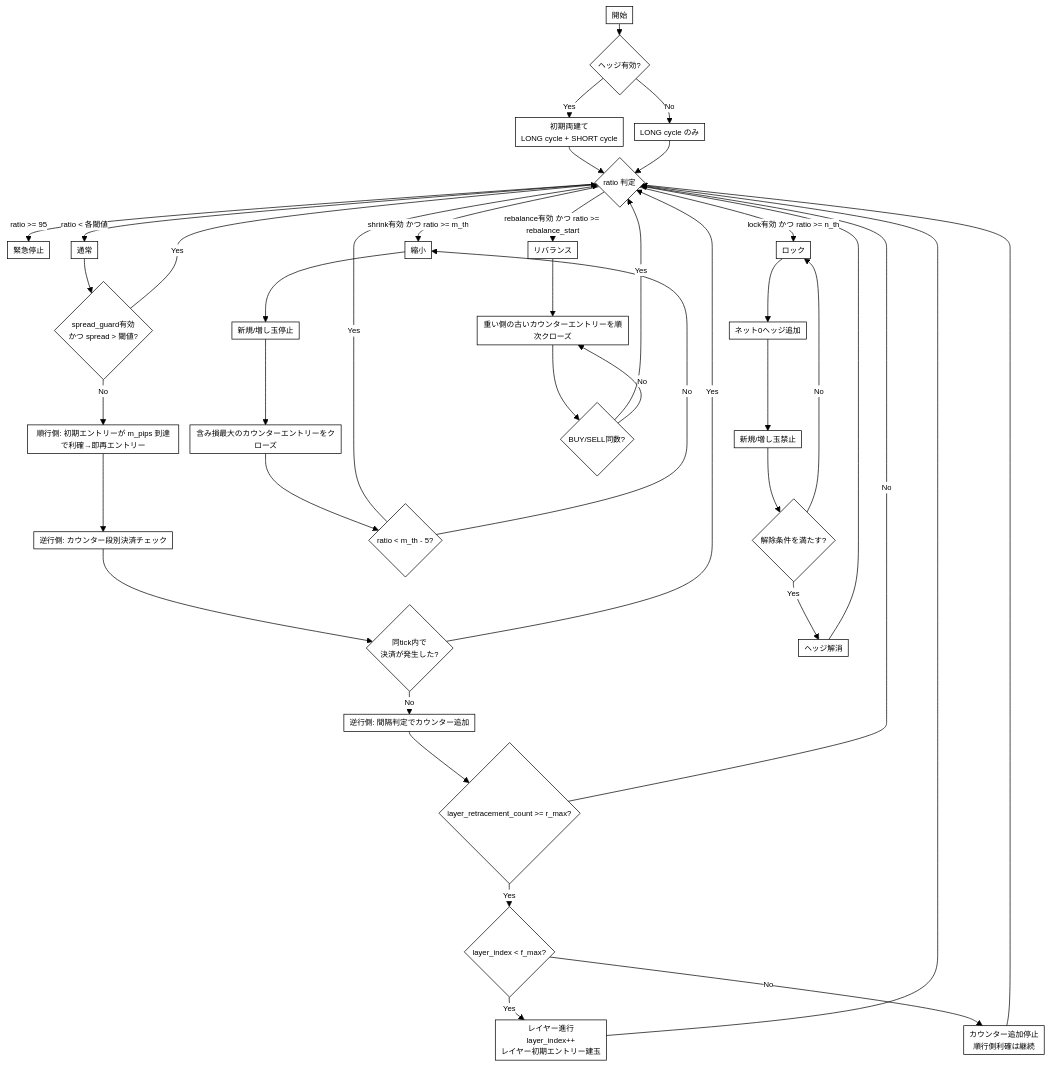
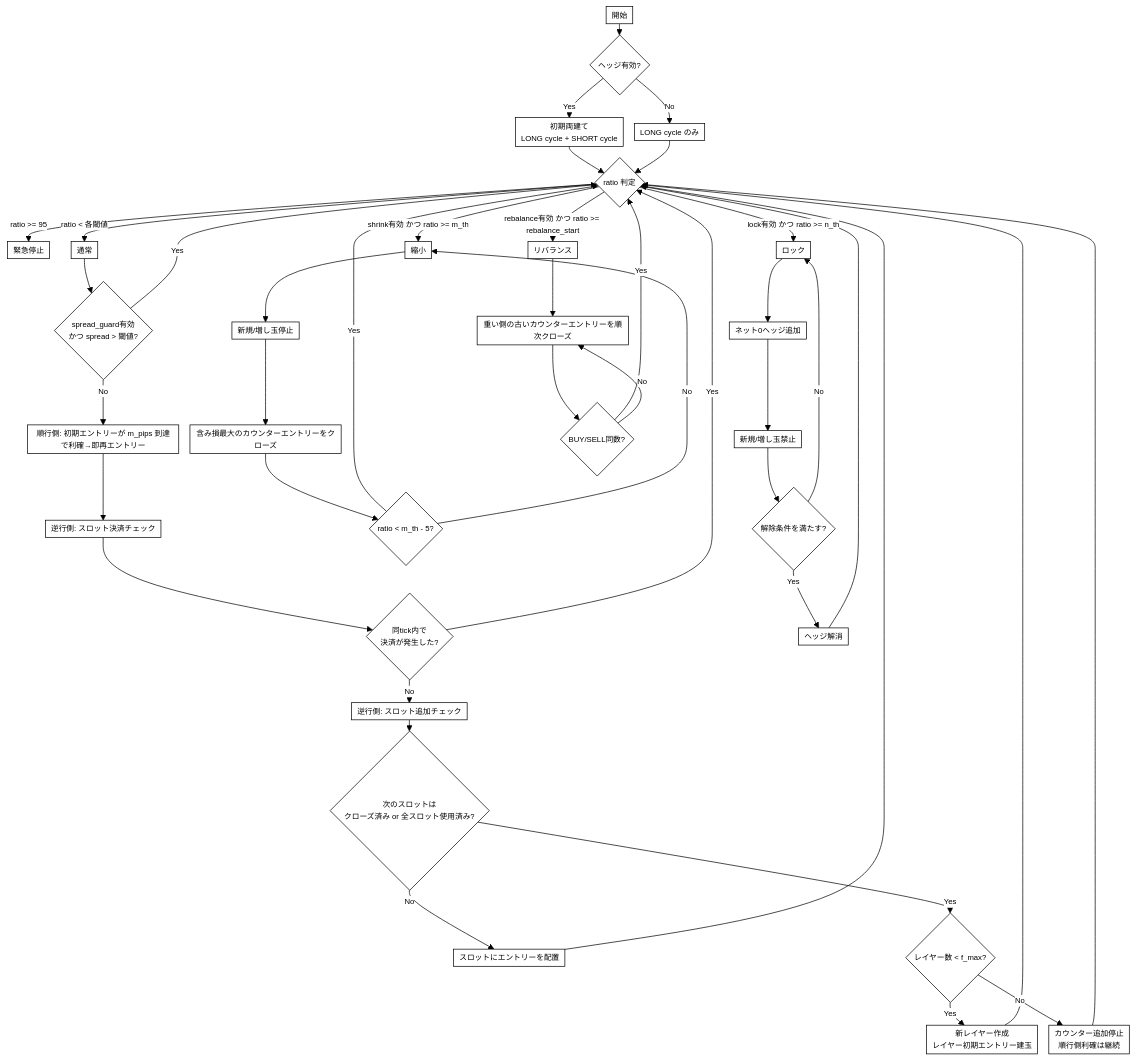
The first of 2 diagrams in docs/strategies/ja/snowball.md (yuyash/auto-forex-web-service), drawn with Mermaid before and after one commit. The commit also changed other lines of this file and 6 other files, not shown here.

First line of the commit message:
refactor: snowball layer retracement model (#276)

````diff
--- a/docs/strategies/ja/snowball.md
+++ b/docs/strategies/ja/snowball.md
@@ -160,47 +161,48 @@
 ```mermaid
 %%{init: {'theme': 'base', 'themeVariables': {'primaryColor': '#ffffff', 'primaryBorderColor': '#000000', 'primaryTextColor': '#000000', 'lineColor': '#000000', 'secondaryColor': '#ffffff', 'tertiaryColor': '#ffffff', 'fontSize': '11px'}, 'flowchart': {'nodeSpacing': 16, 'rankSpacing': 16, 'padding': 4, 'useMaxWidth': true}}}%%
 flowchart TB
     A[開始] --> B{ヘッジ有効?}
     B -->|Yes| B1[初期両建て<br/>LONG cycle + SHORT cycle]
     B -->|No| B2[LONG cycle のみ]
     B1 --> C{ratio 判定}
     B2 --> C
     C -->|ratio >= 95| Z[緊急停止]
     C -->|lock有効 かつ ratio >= n_th| L[ロック]
     C -->|shrink有効 かつ ratio >= m_th| S[縮小]
     C -->|rebalance有効 かつ ratio >= rebalance_start| R[リバランス]
     C -->|ratio < 各閾値| N[通常]
 
     N --> G{spread_guard有効<br/>かつ spread > 閾値?}
     G -->|Yes| C
     G -->|No| N1[順行側: 初期エントリーが m_pips 到達で利確→即再エントリー]
-    N1 --> N2[逆行側: カウンター段別決済チェック]
+    N1 --> N2[逆行側: スロット決済チェック]
     N2 --> N2a{同tick内で<br/>決済が発生した?}
     N2a -->|Yes| C
-    N2a -->|No| N3[逆行側: 間隔判定でカウンター追加]
-    N3 --> N4{layer_retracement_count >= r_max?}
-    N4 -->|No| C
-    N4 -->|Yes| N5{layer_index < f_max?}
-    N5 -->|Yes| N6[レイヤー進行<br/>layer_index++<br/>レイヤー初期エントリー建玉]
-    N5 -->|No| N7[カウンター追加停止<br/>順行側利確は継続]
-    N6 --> C
+    N2a -->|No| N3[逆行側: スロット追加チェック]
+    N3 --> N4{次のスロットは<br/>クローズ済み or 全スロット使用済み?}
+    N4 -->|No| N5[スロットにエントリーを配置]
+    N4 -->|Yes| N6{レイヤー数 < f_max?}
+    N6 -->|Yes| N7[新レイヤー作成<br/>レイヤー初期エントリー建玉]
+    N6 -->|No| N8[カウンター追加停止<br/>順行側利確は継続]
+    N5 --> C
     N7 --> C
+    N8 --> C
 
     S --> S1[新規/増し玉停止]
     S1 --> S2[含み損最大のカウンターエントリーをクローズ]
     S2 --> S3{ratio < m_th - 5?}
     S3 -->|Yes| C
     S3 -->|No| S
 
     L --> L1[ネット0ヘッジ追加]
     L1 --> L2[新規/増し玉禁止]
     L2 --> L3{解除条件を満たす?}
     L3 -->|Yes| L4[ヘッジ解消]
     L4 --> C
     L3 -->|No| L
 
     R --> R1[重い側の古いカウンターエントリーを順次クローズ]
     R1 --> R2{BUY/SELL同数?}
     R2 -->|Yes| C
     R2 -->|No| R1
 ```
````
